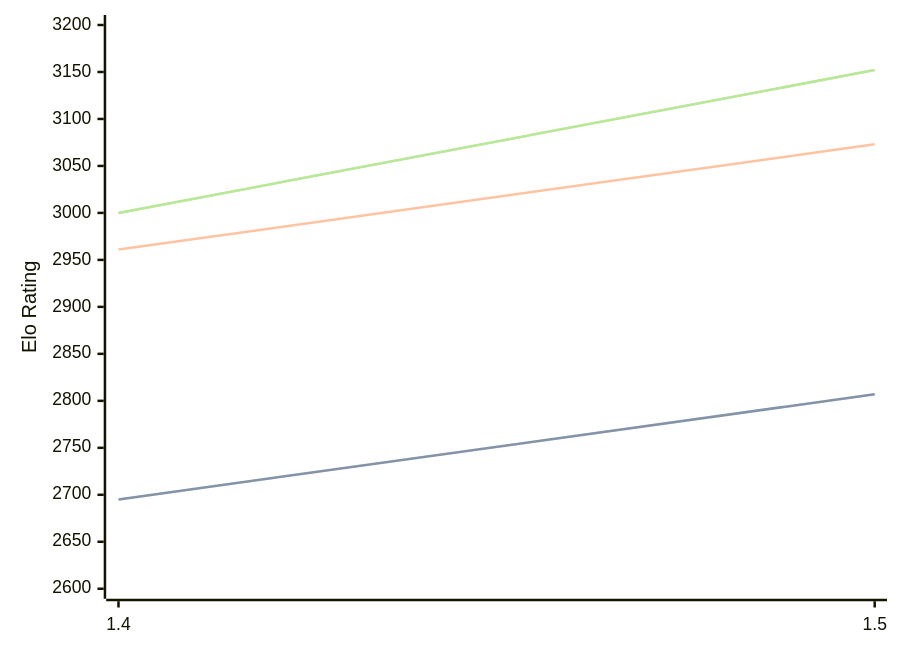
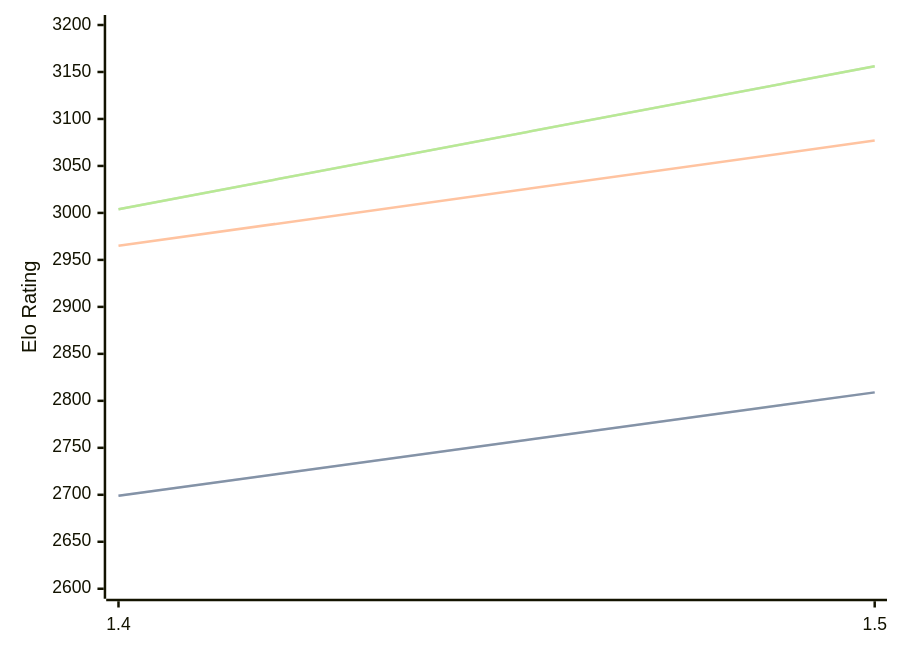
One commit to computer-chess-index/cci changed the diagram in engines/Yakka.md. Above: the diagram before and after it, drawn with Mermaid. The commit also changed other lines of this file, not shown here.

Commit message:
Update CCI Ratings (ELO VLTC) - 2026-05-02

````diff
--- a/engines/Yakka.md
+++ b/engines/Yakka.md
@@ -36,11 +36,11 @@
 ```mermaid
 %%{init: {"theme":"base","themeVariables":{"seriesColors:['#a3a3a3','#222221','#faa371']}}}%%
 xychart-beta
   x-axis ["1.4", "1.5"]
   y-axis "Elo Rating" 2600 --> 3200
-  line "STC (8.0+0.08s)" [2695, 2807]
-  line "STC (8.0+0.08s)" [2695, 2807]
-  line "LTC (60.0+0.60s)" [2961, 3073]
-  line "VLTC (2m24s+1.12s)" [3000, 3152]
-  line "VLTC (2m24s+1.12s)" [3000, 3152]
+  line "STC (8.0+0.08s)" [2699, 2809]
+  line "STC (8.0+0.08s)" [2699, 2809]
+  line "LTC (60.0+0.60s)" [2965, 3077]
+  line "VLTC (2m24s+1.12s)" [3004, 3156]
+  line "VLTC (2m24s+1.12s)" [3004, 3156]
 ```
````
